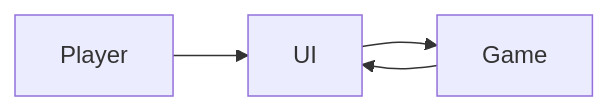
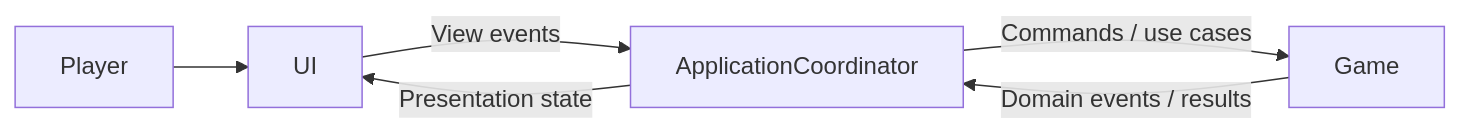
The seventh of 8 diagrams in Docs/Eng/ArchitectureAtlas/13_ArchitectureOverview.md (chainsawlad-Org/ChainSaw_Leg), drawn with Mermaid before and after one commit. The commit also changed other lines of this file and 29 other files, not shown here.

````diff
--- a/Docs/Eng/ArchitectureAtlas/13_ArchitectureOverview.md
+++ b/Docs/Eng/ArchitectureAtlas/13_ArchitectureOverview.md
@@ -290,15 +286,21 @@
 ```mermaid
 flowchart LR
 
 Player
 
 UI
 
+ApplicationCoordinator
+
 Game
 
 Player --> UI
 
-UI --> Game
+UI -->|View events| ApplicationCoordinator
 
-Game --> UI
+ApplicationCoordinator -->|Commands / use cases| Game
+
+Game -->|Domain events / results| ApplicationCoordinator
+
+ApplicationCoordinator -->|Presentation state| UI
 ```
````
